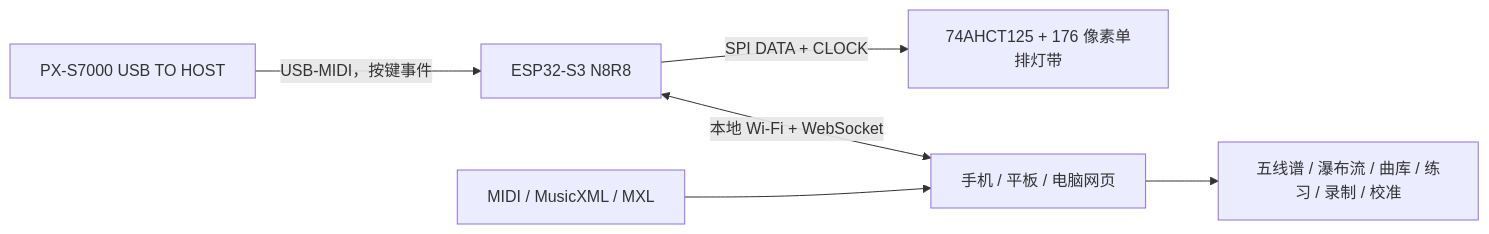
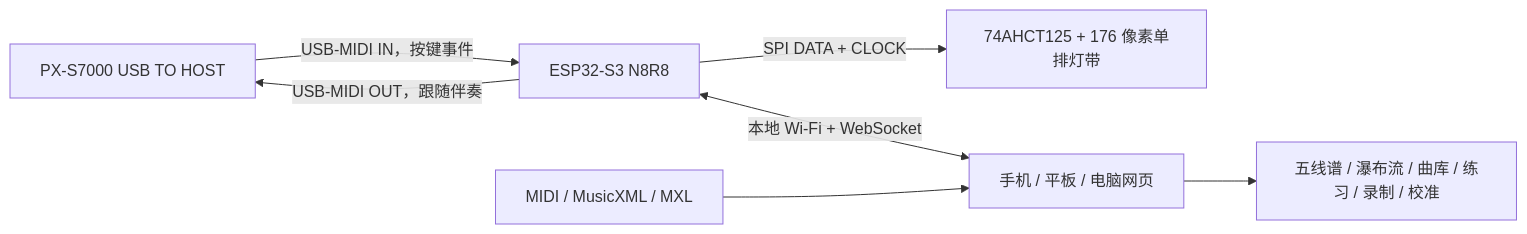
Before and after one commit to cheguevara-great-man/notefall88-px-s7000: the diagram in docs/architecture.md, drawn with Mermaid. The commit also changed other lines of this file and 21 other files, not shown here.

````diff
--- a/docs/architecture.md
+++ b/docs/architecture.md
@@ -7,8 +7,9 @@
 ```mermaid
 flowchart LR
-  P["PX-S7000 USB TO HOST"] -->|"USB-MIDI，按键事件"| E["ESP32-S3 N8R8"]
+  P["PX-S7000 USB TO HOST"] -->|"USB-MIDI IN，按键事件"| E["ESP32-S3 N8R8"]
+  E -->|"USB-MIDI OUT，跟随伴奏"| P
   E -->|"SPI DATA + CLOCK"| L["74AHCT125 + 176 像素单排灯带"]
   E <-->|"本地 Wi-Fi + WebSocket"| W["手机 / 平板 / 电脑网页"]
   F["MIDI / MusicXML / MXL"] --> W
   W --> V["五线谱 / 瀑布流 / 曲库 / 练习 / 录制 / 校准"]
 ```
````
